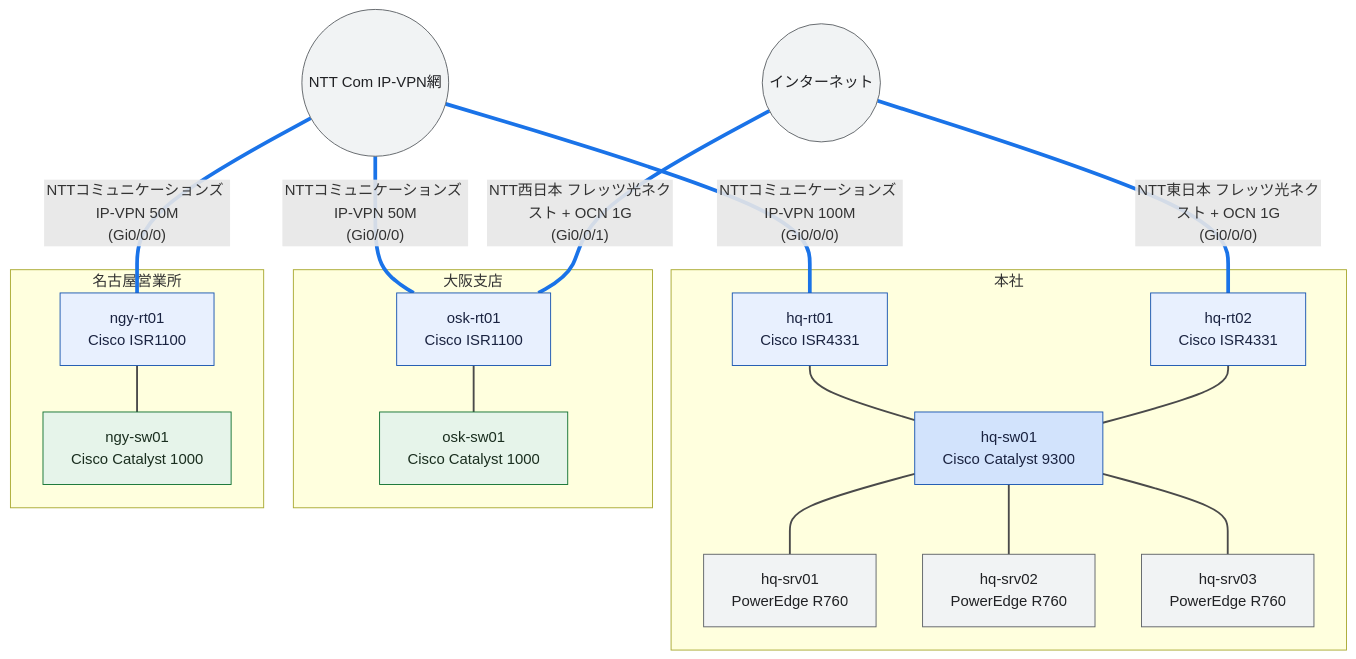
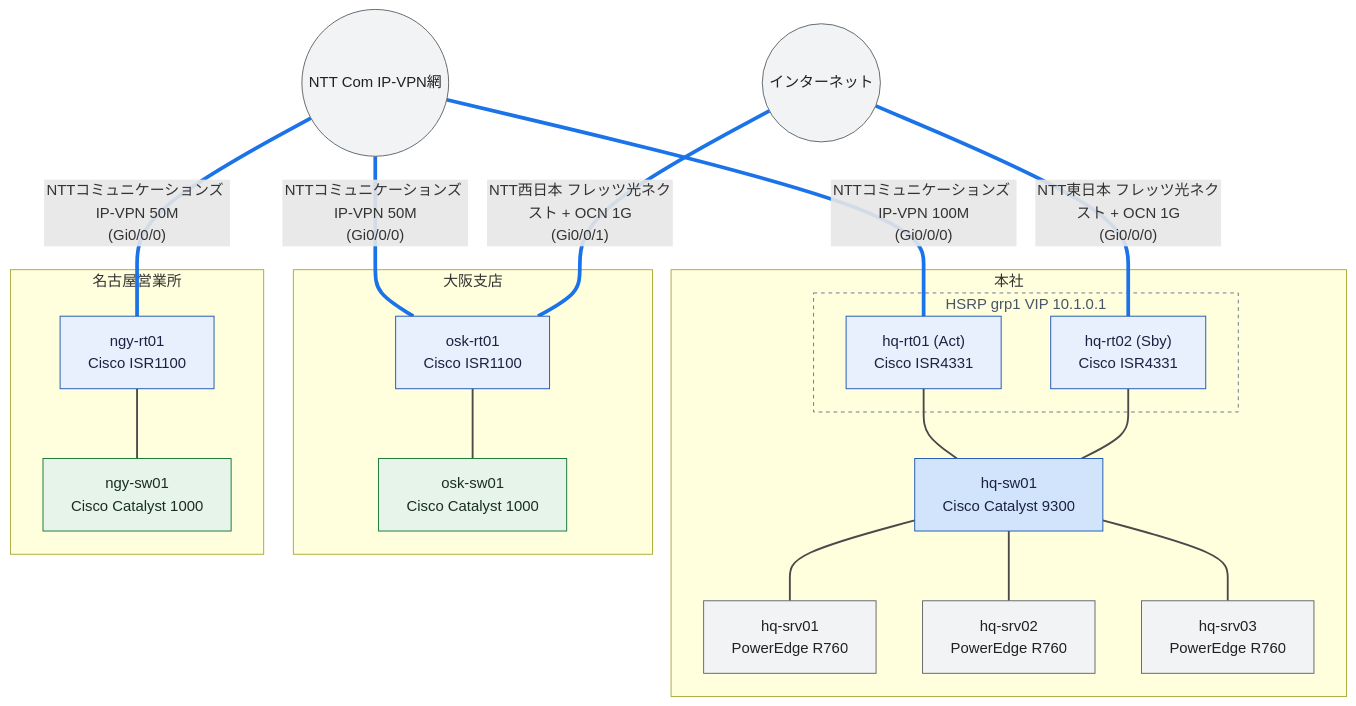
Before and after one commit to thinas1115/nwdsl: the diagram in examples/sample-corp/generated/physical-all.mmd, drawn with Mermaid. The commit also changed 91 other files, not shown here.

```diff
--- a/examples/sample-corp/generated/physical-all.mmd
+++ b/examples/sample-corp/generated/physical-all.mmd
@@ -1,50 +1,53 @@
 flowchart TB
   subgraph sg_hq["本社"]
-    hq_rt01["hq-rt01<br>Cisco ISR4331"]
+    subgraph rg_hq_wan_rt["HSRP grp1 VIP 10.1.0.1"]
+      hq_rt01["hq-rt01 (Act)<br>Cisco ISR4331"]
+      hq_rt02["hq-rt02 (Sby)<br>Cisco ISR4331"]
+    end
     hq_sw01["hq-sw01<br>Cisco Catalyst 9300"]
-    hq_rt02["hq-rt02<br>Cisco ISR4331"]
     hq_srv01["hq-srv01<br>PowerEdge R760"]
     hq_srv02["hq-srv02<br>PowerEdge R760"]
     hq_srv03["hq-srv03<br>PowerEdge R760"]
   end
   subgraph sg_osk["大阪支店"]
     osk_rt01["osk-rt01<br>Cisco ISR1100"]
     osk_sw01["osk-sw01<br>Cisco Catalyst 1000"]
   end
   subgraph sg_ngy["名古屋営業所"]
     ngy_rt01["ngy-rt01<br>Cisco ISR1100"]
     ngy_sw01["ngy-sw01<br>Cisco Catalyst 1000"]
   end
   ipvpn(("NTT Com IP-VPN網"))
   internet(("インターネット"))
   hq_rt01 --- hq_sw01
   hq_rt02 --- hq_sw01
   osk_rt01 --- osk_sw01
   ngy_rt01 --- ngy_sw01
   hq_sw01 --- hq_srv01
   hq_sw01 --- hq_srv02
   hq_sw01 --- hq_srv03
   ipvpn ---|"NTTコミュニケーションズ IP-VPN 100M<br>(Gi0/0/0)"| hq_rt01
   ipvpn ---|"NTTコミュニケーションズ IP-VPN 50M<br>(Gi0/0/0)"| osk_rt01
   ipvpn ---|"NTTコミュニケーションズ IP-VPN 50M<br>(Gi0/0/0)"| ngy_rt01
   internet ---|"NTT東日本 フレッツ光ネクスト + OCN 1G<br>(Gi0/0/0)"| hq_rt02
   internet ---|"NTT西日本 フレッツ光ネクスト + OCN 1G<br>(Gi0/0/1)"| osk_rt01
 
   classDef node_dim fill:#f8f9fa,stroke:#dadce0,color:#bdc1c6
   classDef node_failed fill:#fce8e6,stroke:#c5221f,color:#3c1a19
   classDef role_router fill:#e8f0fe,stroke:#1a56b0,color:#1a2340
   classDef role_l3switch fill:#d2e3fc,stroke:#1a56b0,color:#1a2340
   classDef role_l2switch fill:#e6f4ea,stroke:#137333,color:#1a2e1f
   classDef role_firewall fill:#fce8e6,stroke:#c5221f,color:#3c1a19
   classDef role_other fill:#f1f3f4,stroke:#5f6368,color:#202124
   classDef node_cloud fill:#f1f3f4,stroke:#5f6368,color:#202124
   classDef node_site fill:#fff8e1,stroke:#b58105,color:#4a3a08
   classDef node_segment fill:#e2f5f0,stroke:#0f766e,color:#0b3d38
   classDef node_external fill:#ffffff,stroke:#9aa0a6,stroke-dasharray:3 3,color:#5f6368
   class hq_rt01,hq_rt02,osk_rt01,ngy_rt01 role_router
   class hq_sw01 role_l3switch
   class osk_sw01,ngy_sw01 role_l2switch
   class hq_srv01,hq_srv02,hq_srv03 role_other
   class ipvpn,internet node_cloud
   linkStyle 0,1,2,3,4,5,6 stroke:#4a4a4a,stroke-width:2px
   linkStyle 7,8,9,10,11 stroke:#1a73e8,stroke-width:4px
+  style rg_hq_wan_rt fill:none,stroke:#64748b,stroke-dasharray:4 4,color:#475569
```
